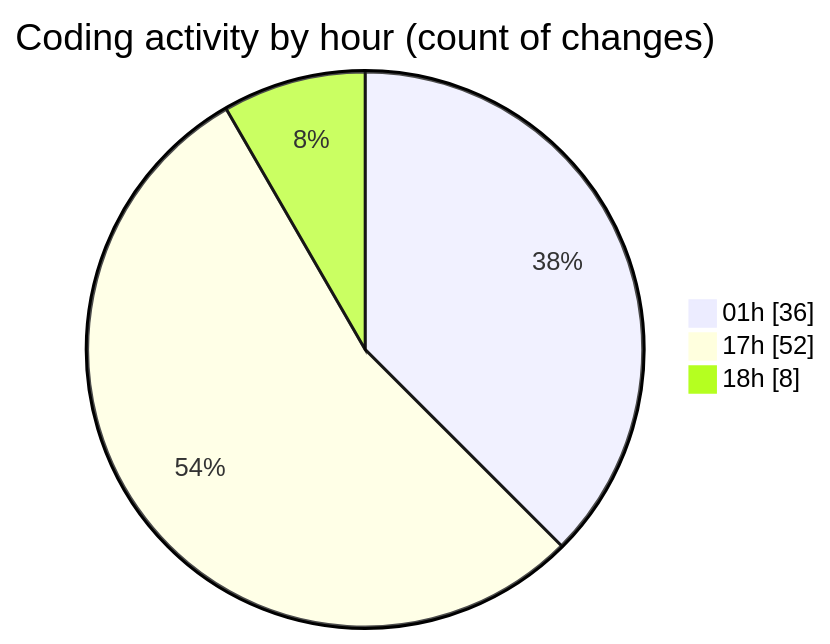
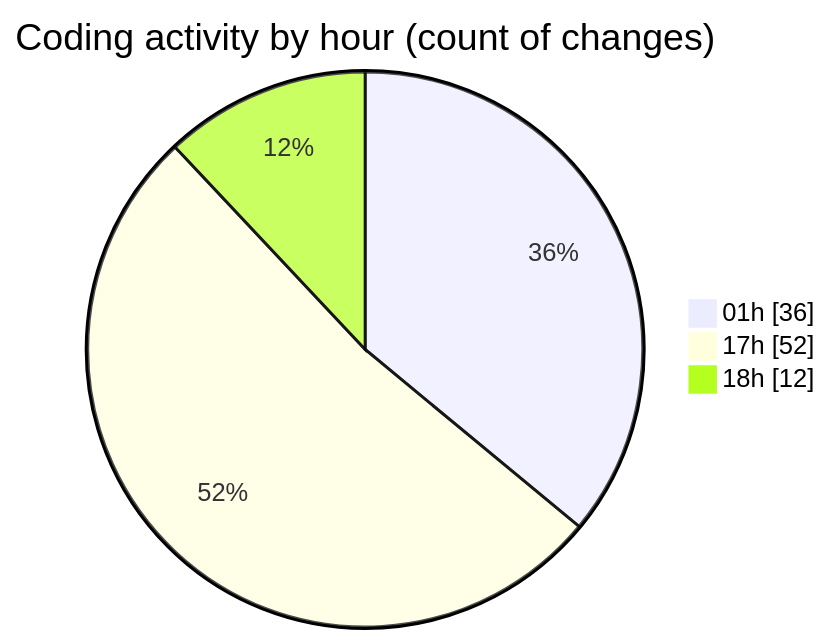
Before and after one commit to lephambinh05/code-tracking: the second of 2 diagrams in 2025-07-29/appproject/README.md, drawn with Mermaid. The commit also changed other lines of this file and 1 other file, not shown here.

````diff
--- a/2025-07-29/appproject/README.md
+++ b/2025-07-29/appproject/README.md
@@ -73,7 +75,7 @@
 ```mermaid
 pie showData
 title Coding activity by hour (count of changes)
 "01h" : 36
 "17h" : 52
-"18h" : 8
+"18h" : 12
 ```
````
